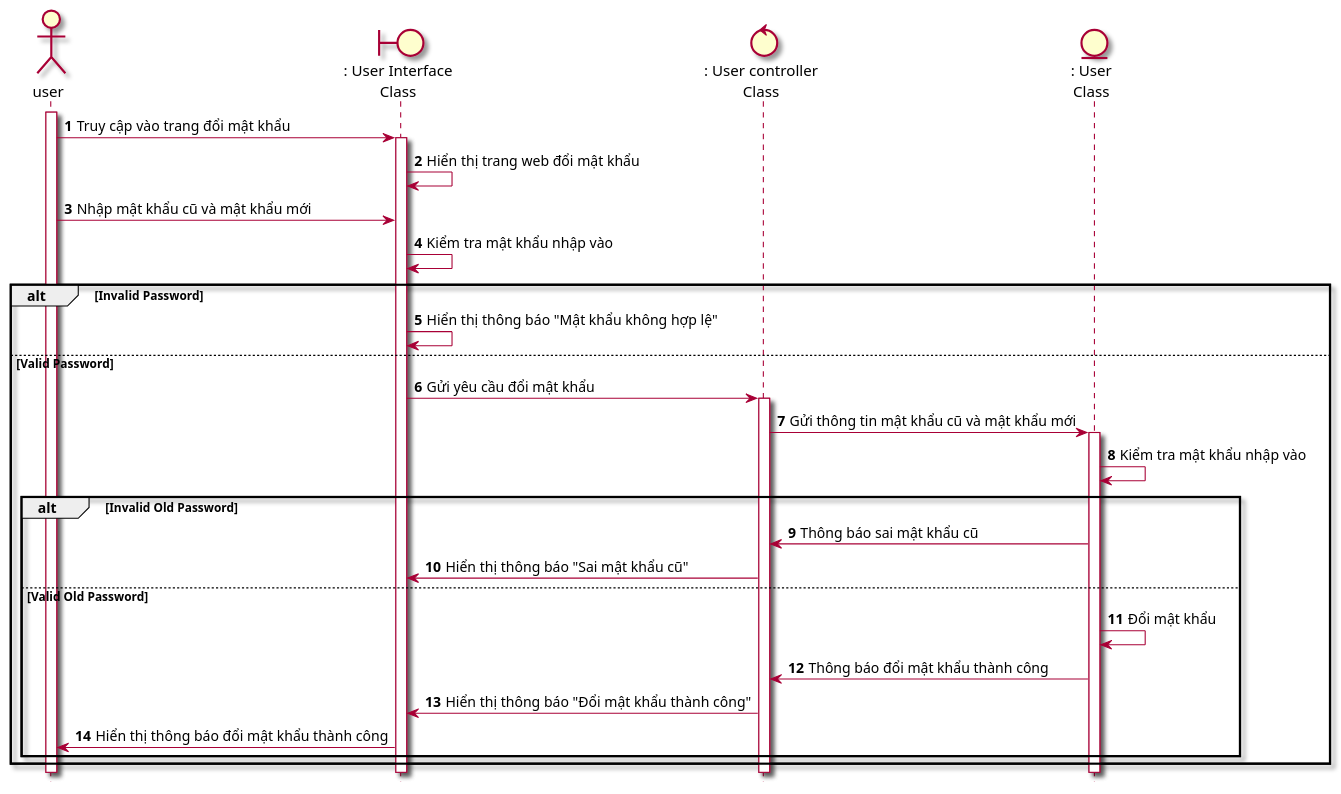
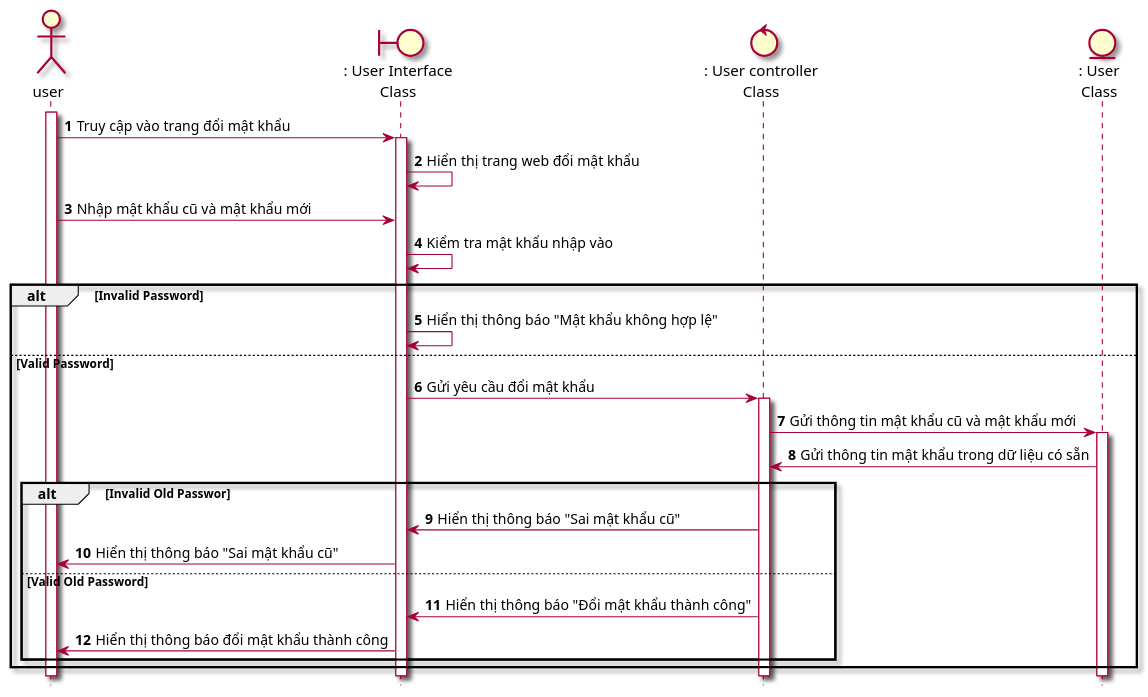
One commit to Griselda4774/EAS-EmploymentAssistanceSystem changed the diagram in Lab1/Lab 1.2 Diagram/Sequence/FilePUML/6.3 SeqDoiMatKhau.puml. Above: the diagram before and after it, drawn with PlantUML. The commit also changed 20 other files, not shown here.

```diff
--- a/Lab1/Lab 1.2 Diagram/Sequence/FilePUML/6.3 SeqDoiMatKhau.puml
+++ b/Lab1/Lab 1.2 Diagram/Sequence/FilePUML/6.3 SeqDoiMatKhau.puml
@@ -1,30 +1,28 @@
 @startuml SeqDoiMatKhau
 skin rose 
 hide footbox
 actor user 
 boundary userInterface as ": User Interface\nClass"
 control userController as ": User controller\nClass"
 entity User as ": User\nClass"
 autonumber
 user++
 user -> userInterface++: Truy cập vào trang đổi mật khẩu
 userInterface-> userInterface: Hiển thị trang web đổi mật khẩu 
 user -> userInterface: Nhập mật khẩu cũ và mật khẩu mới 
 userInterface -> userInterface: Kiểm tra mật khẩu nhập vào 
 alt Invalid Password
 userInterface -> userInterface: Hiển thị thông báo "Mật khẩu không hợp lệ"
 else Valid Password
 userInterface -> userController++ : Gửi yêu cầu đổi mật khẩu
 userController -> User++: Gửi thông tin mật khẩu cũ và mật khẩu mới
-User -> User: Kiểm tra mật khẩu nhập vào 
-alt Invalid Old Password
-User -> userController: Thông báo sai mật khẩu cũ
+User -> userController: Gửi thông tin mật khẩu trong dữ liệu có sẵn
+alt Invalid Old Passwor
 userController -> userInterface: Hiển thị thông báo "Sai mật khẩu cũ"
+userInterface -> user: Hiển thị thông báo "Sai mật khẩu cũ"
 else Valid Old Password
-User -> User: Đổi mật khẩu
-User -> userController: Thông báo đổi mật khẩu thành công
 userController -> userInterface: Hiển thị thông báo "Đổi mật khẩu thành công"
 userInterface -> user: Hiển thị thông báo đổi mật khẩu thành công
 end
 end
 @enduml
```
